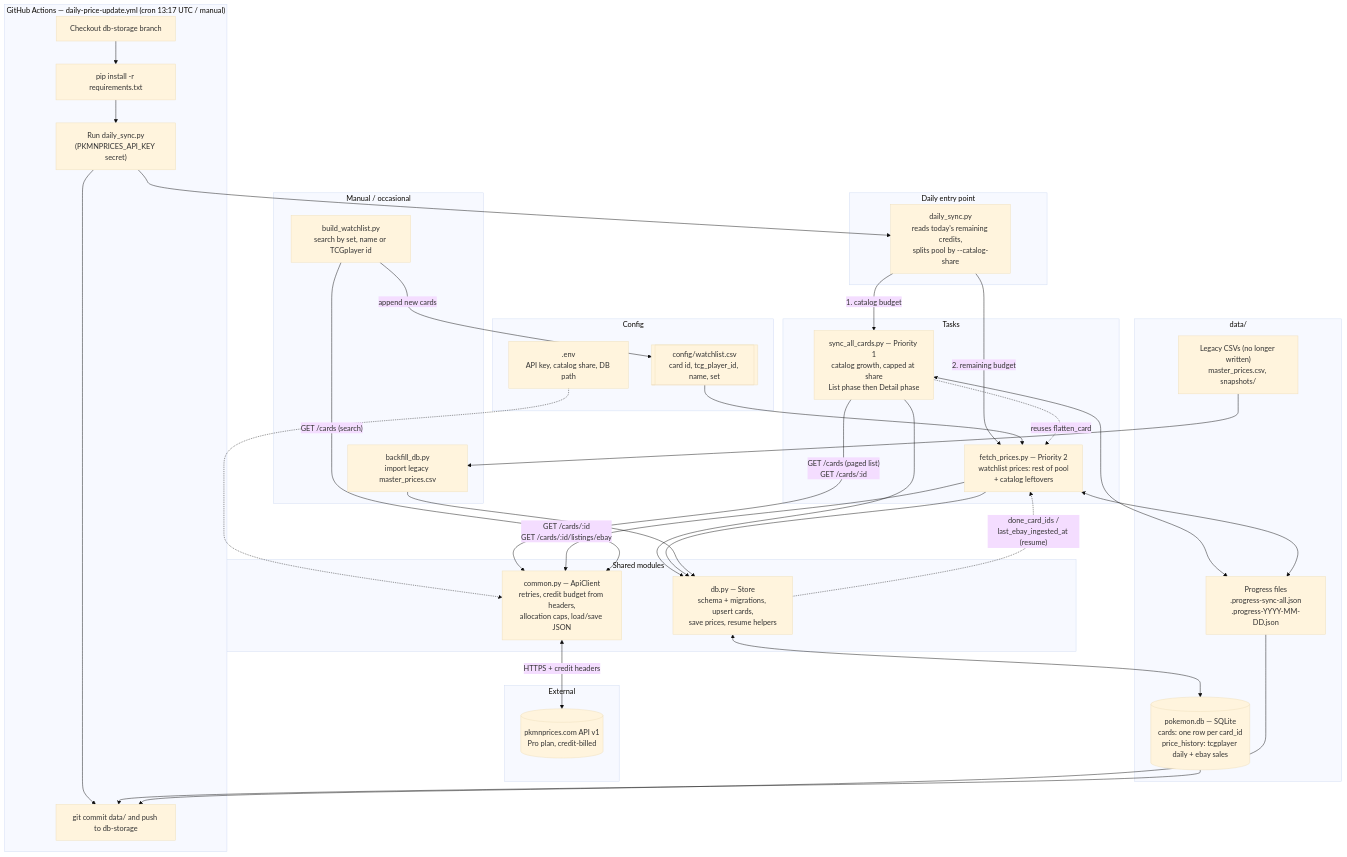
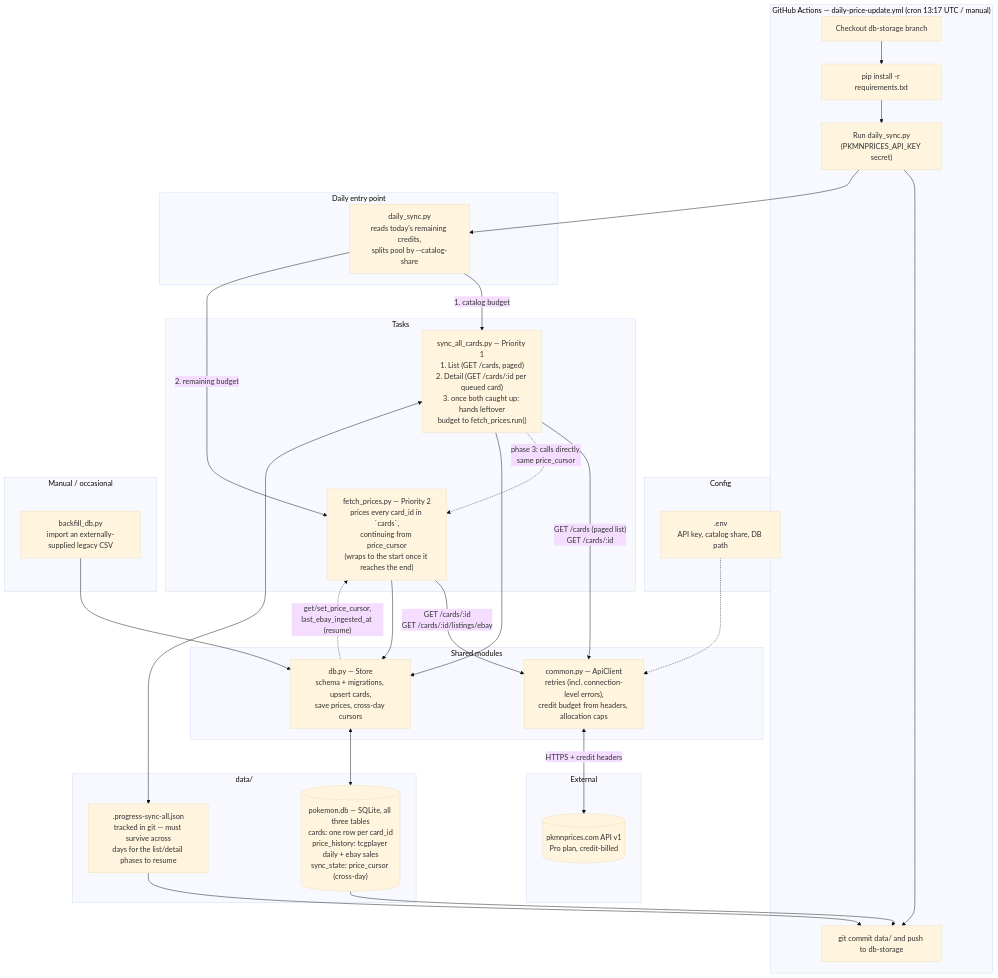
Before and after one commit to phuonganhphung3007/pkmn-prices-daily-tracker: the diagram in docs/architecture.md, drawn with Mermaid (base theme). The commit also changed 6 other files, not shown here.

````diff
--- a/docs/architecture.md
+++ b/docs/architecture.md
@@ -3,69 +3,61 @@
 ```mermaid
 flowchart TB
     subgraph CI["GitHub Actions — daily-price-update.yml (cron 13:17 UTC / manual)"]
         GA1["Checkout db-storage branch"] --> GA2["pip install -r requirements.txt"]
         GA2 --> GA3["Run daily_sync.py<br/>(PKMNPRICES_API_KEY secret)"]
         GA3 --> GA4["git commit data/ and push to db-storage"]
     end
 
     subgraph EXT["External"]
         API[("pkmnprices.com API v1<br/>Pro plan, credit-billed")]
     end
 
     subgraph CFG["Config"]
         ENV[".env<br/>API key, catalog share, DB path"]
-        WL[["config/watchlist.csv<br/>card id, tcg_player_id, name, set"]]
     end
 
     subgraph CORE["Shared modules"]
-        COMMON["common.py — ApiClient<br/>retries, credit budget from headers,<br/>allocation caps, load/save JSON"]
-        DBPY["db.py — Store<br/>schema + migrations, upsert cards,<br/>save prices, resume helpers"]
+        COMMON["common.py — ApiClient<br/>retries (incl. connection-level errors),<br/>credit budget from headers, allocation caps"]
+        DBPY["db.py — Store<br/>schema + migrations, upsert cards,<br/>save prices, cross-day cursors"]
     end
 
     subgraph ORCH["Daily entry point"]
         DS["daily_sync.py<br/>reads today's remaining credits,<br/>splits pool by --catalog-share"]
     end
 
     subgraph TASKS["Tasks"]
-        SAC["sync_all_cards.py — Priority 1<br/>catalog growth, capped at share<br/>List phase then Detail phase"]
-        FP["fetch_prices.py — Priority 2<br/>watchlist prices: rest of pool<br/>+ catalog leftovers"]
+        SAC["sync_all_cards.py — Priority 1<br/>1. List (GET /cards, paged)<br/>2. Detail (GET /cards/:id per queued card)<br/>3. once both caught up: hands leftover<br/>budget to fetch_prices.run()"]
+        FP["fetch_prices.py — Priority 2<br/>prices every card_id in `cards`,<br/>continuing from price_cursor<br/>(wraps to the start once it reaches the end)"]
     end
 
     subgraph TOOLS["Manual / occasional"]
-        BW["build_watchlist.py<br/>search by set, name or TCGplayer id"]
-        BF["backfill_db.py<br/>import legacy master_prices.csv"]
+        BF["backfill_db.py<br/>import an externally-supplied legacy CSV"]
     end
 
     subgraph DATA["data/"]
-        PDB[("pokemon.db — SQLite<br/>cards: one row per card_id<br/>price_history: tcgplayer daily + ebay sales")]
-        PROG["Progress files<br/>.progress-sync-all.json<br/>.progress-YYYY-MM-DD.json"]
-        LEG["Legacy CSVs (no longer written)<br/>master_prices.csv, snapshots/"]
+        PDB[("pokemon.db — SQLite, all three tables<br/>cards: one row per card_id<br/>price_history: tcgplayer daily + ebay sales<br/>sync_state: price_cursor (cross-day)")]
+        PROG[".progress-sync-all.json<br/>tracked in git — must survive across<br/>days for the list/detail phases to resume"]
     end
 
     GA3 --> DS
     ENV -.-> COMMON
     DS -->|"1. catalog budget"| SAC
     DS -->|"2. remaining budget"| FP
 
     SAC -->|"GET /cards (paged list)<br/>GET /cards/:id"| COMMON
     FP -->|"GET /cards/:id<br/>GET /cards/:id/listings/ebay"| COMMON
-    BW -->|"GET /cards (search)"| COMMON
     COMMON <-->|"HTTPS + credit headers"| API
 
-    WL --> FP
-    BW -->|"append new cards"| WL
-    SAC -. "reuses flatten_card" .-> FP
+    SAC -. "phase 3: calls directly,<br/>same price_cursor" .-> FP
 
     SAC --> DBPY
     FP --> DBPY
     BF --> DBPY
-    LEG --> BF
     DBPY <--> PDB
 
     SAC <--> PROG
-    FP <--> PROG
-    DBPY -. "done_card_ids /<br/>last_ebay_ingested_at (resume)" .-> FP
+    DBPY -. "get/set_price_cursor,<br/>last_ebay_ingested_at (resume)" .-> FP
 
     PDB --> GA4
     PROG --> GA4
 ```
````
